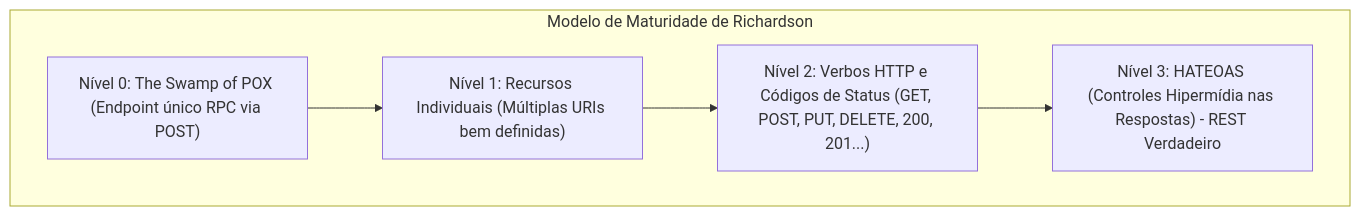
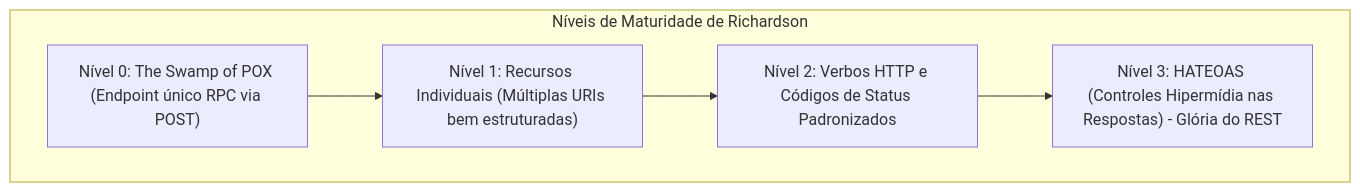
Before and after one commit to thiagosantos346/TCE-GO-2027: the first of 4 diagrams in fontes_de_estudo/conhecimentos_especificos_b02_ti/05_desenvolvimento_de_sistemas/04_apis_restful_graphql_websockets_documentacao.md, drawn with Mermaid. The commit also changed other lines of this file and 119 other files, not shown here.

````diff
--- a/fontes_de_estudo/conhecimentos_especificos_b02_ti/05_desenvolvimento_de_sistemas/04_apis_restful_graphql_websockets_documentacao.md
+++ b/fontes_de_estudo/conhecimentos_especificos_b02_ti/05_desenvolvimento_de_sistemas/04_apis_restful_graphql_websockets_documentacao.md
@@ -100,10 +66,10 @@
 ```mermaid
 flowchart TD
-    subgraph Richardson["Modelo de Maturidade de Richardson"]
+    subgraph Richardson["Níveis de Maturidade de Richardson"]
         N0["Nível 0: The Swamp of POX (Endpoint único RPC via POST)"]
-        N1["Nível 1: Recursos Individuais (Múltiplas URIs bem definidas)"]
-        N2["Nível 2: Verbos HTTP e Códigos de Status (GET, POST, PUT, DELETE, 200, 201...)"]
-        N3["Nível 3: HATEOAS (Controles Hipermídia nas Respostas) - REST Verdadeiro"]
+        N1["Nível 1: Recursos Individuais (Múltiplas URIs bem estruturadas)"]
+        N2["Nível 2: Verbos HTTP e Códigos de Status Padronizados"]
+        N3["Nível 3: HATEOAS (Controles Hipermídia nas Respostas) - Glória do REST"]
     end
     N0 --> N1 --> N2 --> N3
 ```
````
